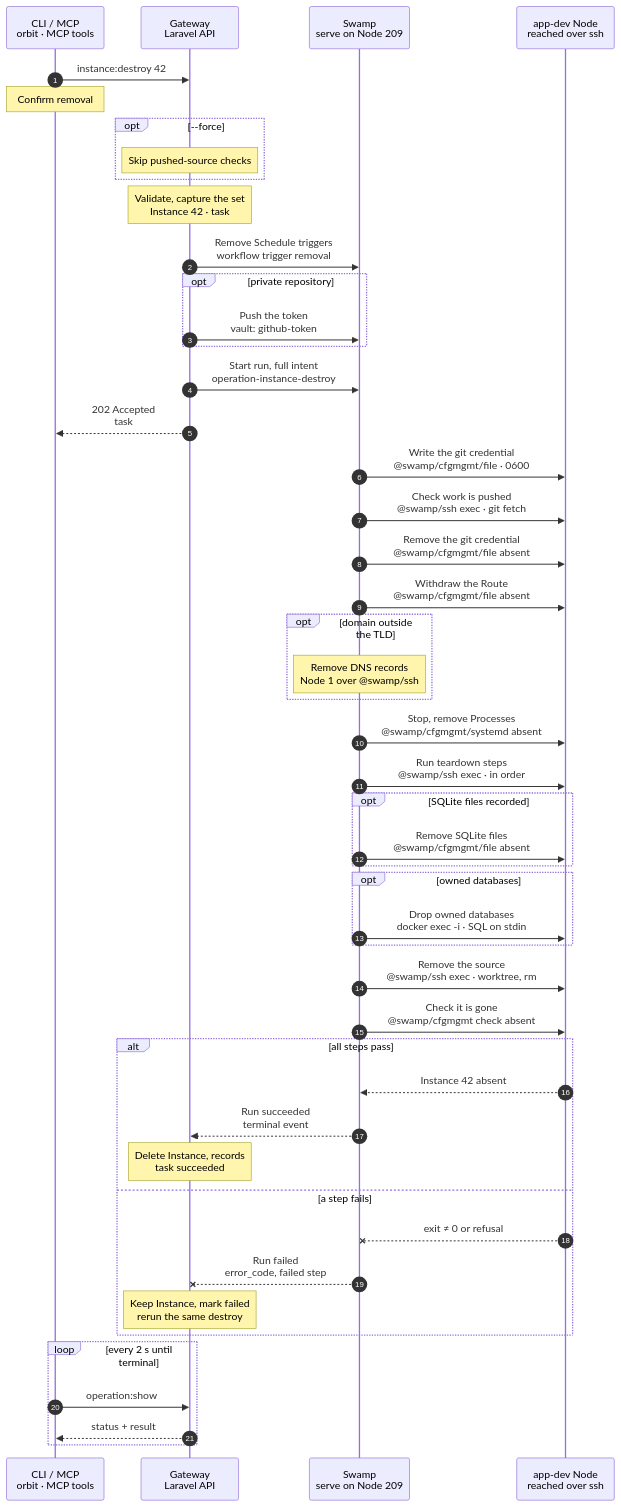
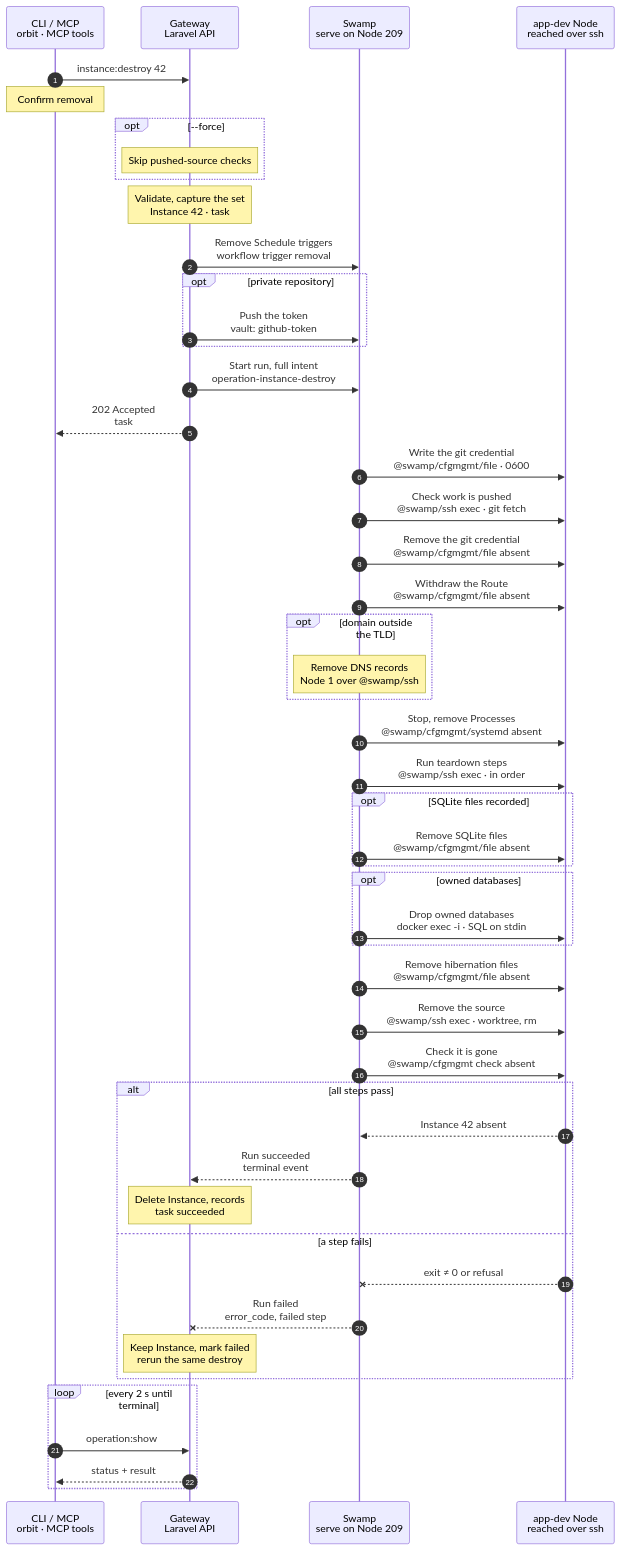
One commit to hardimpactdev/orbit changed the diagram in docs/cli/instance/destroy.mmd. Above: the diagram before and after it, drawn with Mermaid. The commit also changed 2 other files, not shown here.

Commit message:
fix(instance): destroy removes each member's hibernation files
PR 2 of 2: the destroy run removes the awake marker, cold marker and Caddy
access log that #2543 lists in its run inputs, before it removes the source.
This ships only after #2543 is released, so no run admitted by an older Gateway
starts without the input it reads.

```diff
--- a/docs/cli/instance/destroy.mmd
+++ b/docs/cli/instance/destroy.mmd
@@ -147,6 +147,9 @@
     %%> Not included:
     %%> - registered external databases; their records go with the Instance, nothing on their host changes
   end
+  SW->>N: Remove hibernation files<br/>@swamp/cfgmgmt/file absent
+  %%> Why:
+  %%> - the awake and cold markers and the Caddy access log outlive the Instance otherwise
   SW->>N: Remove the source<br/>@swamp/ssh exec · worktree, rm
   %%> What it does:
   %%> - `git worktree remove --force` per linked worktree, then `rm -rf` of the checkout
```
